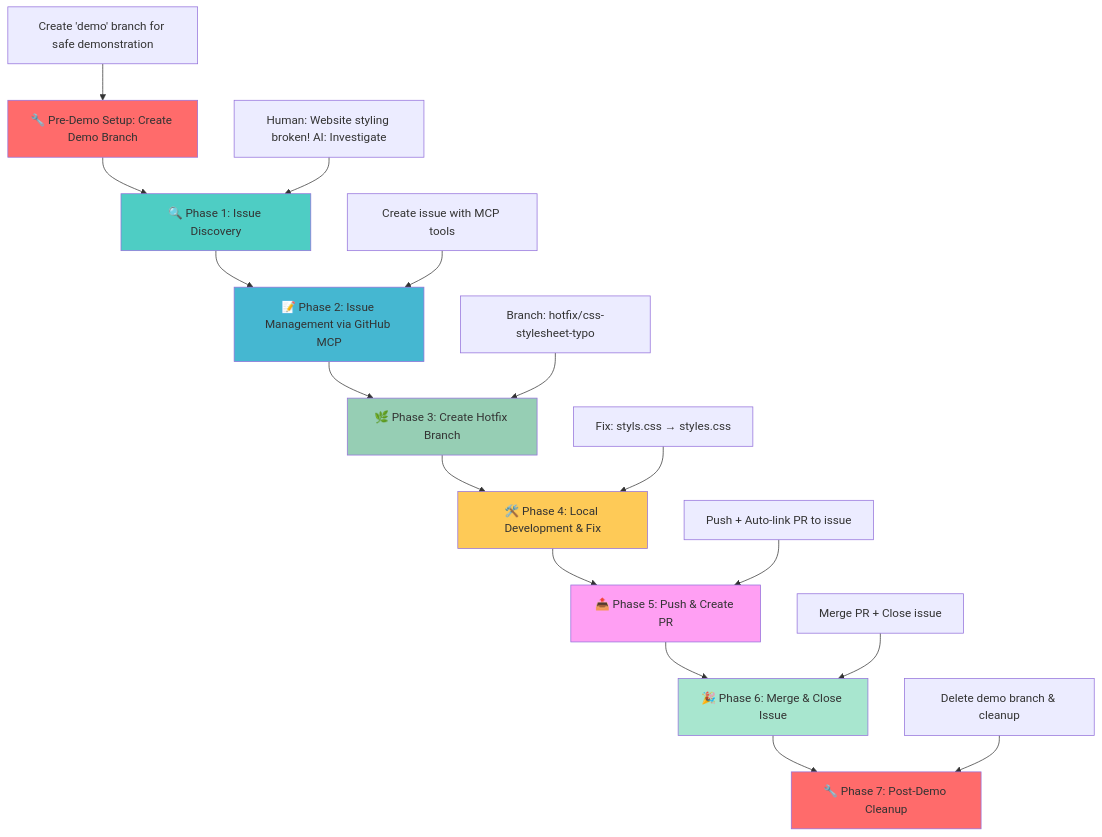
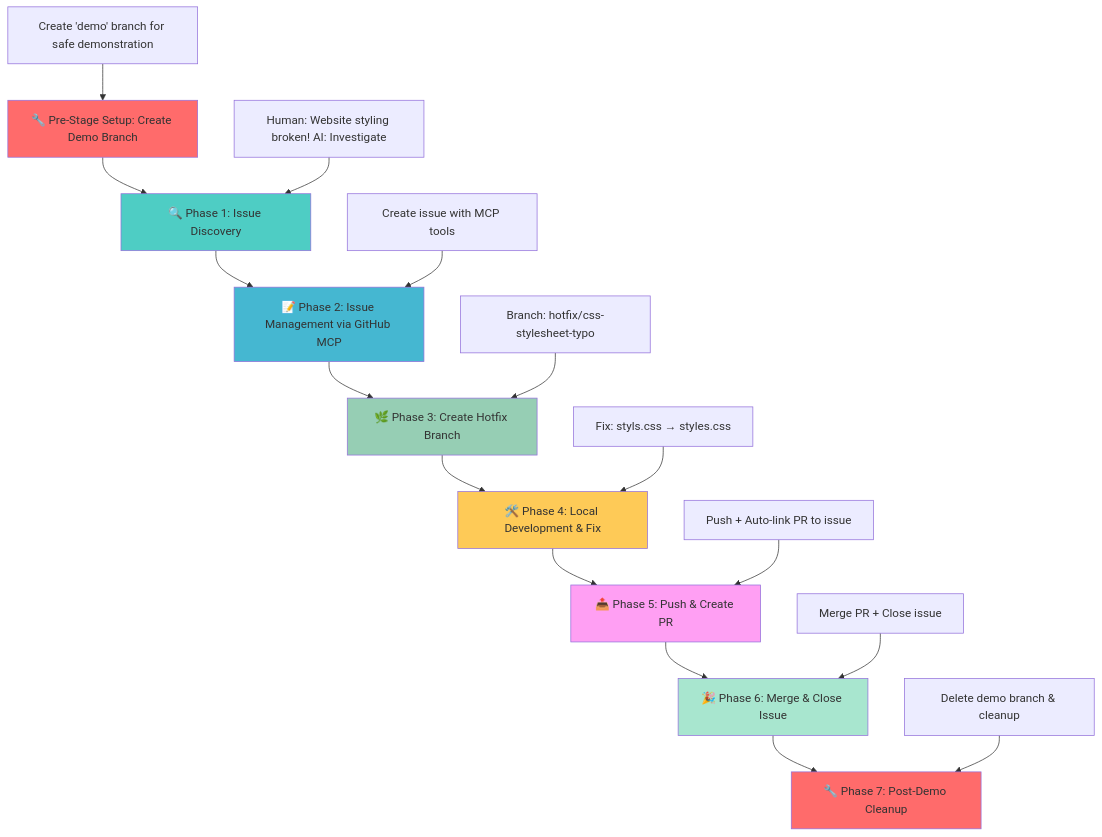
The second of 4 diagrams in README.md (david-pizzi-cg/github-ai-workflow-demo), drawn with Mermaid before and after one commit. The commit also changed other lines of this file, not shown here.

````diff
--- a/README.md
+++ b/README.md
@@ -125,29 +125,29 @@
 ```mermaid
 graph TD
-    P[🔧 Pre-Demo Setup: Create Demo Branch]
+    P[🔧 Pre-Stage Setup: Create Demo Branch]
     P --> A[🔍 Phase 1: Issue Discovery]
     A --> B[📝 Phase 2: Issue Management via GitHub MCP]
     B --> C[🌿 Phase 3: Create Hotfix Branch]
     C --> D[🛠️ Phase 4: Local Development & Fix]
     D --> E[📤 Phase 5: Push & Create PR]
     E --> F[🎉 Phase 6: Merge & Close Issue]
     F --> G[🔧 Phase 7: Post-Demo Cleanup]
     
     P1["Create 'demo' branch for safe demonstration"] --> P
     A1["Human: Website styling broken! AI: Investigate"] --> A
     B1["Create issue with MCP tools"] --> B
     C1["Branch: hotfix/css-stylesheet-typo"] --> C
     D1["Fix: styls.css → styles.css"] --> D
     E1["Push + Auto-link PR to issue"] --> E
     F1["Merge PR + Close issue"] --> F
     G1["Delete demo branch & cleanup"] --> G
     
     style P fill:#ff6b6b
     style A fill:#4ecdc4
     style B fill:#45b7d1
     style C fill:#96ceb4
     style D fill:#feca57
     style E fill:#ff9ff3
     style F fill:#a8e6cf
     style G fill:#ff6b6b
 ```
````
